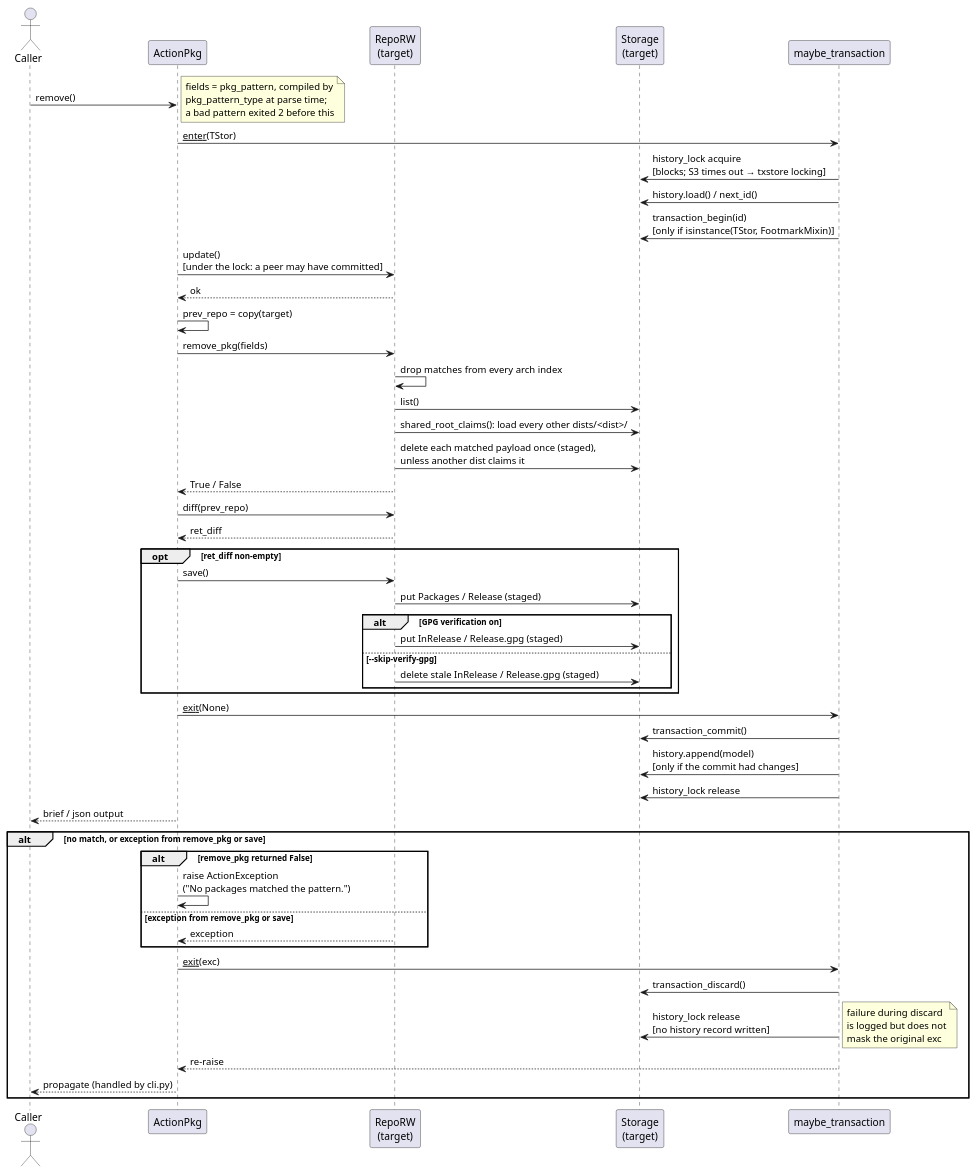
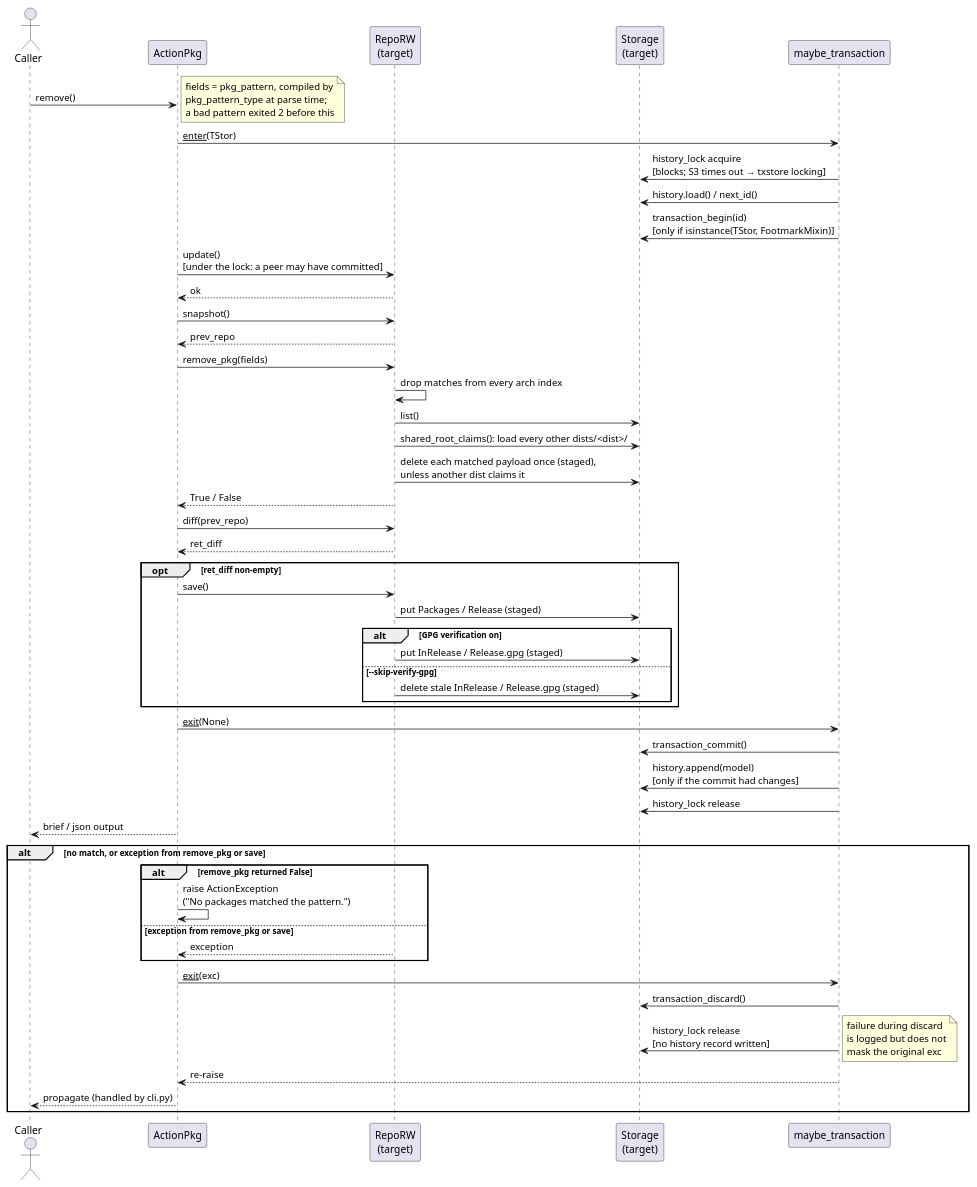
The diagram in docs/development/diagrams/action-pkg-remove-sequence.puml (vinklat/debkit), drawn with PlantUML before and after one commit. The commit also changed 24 other files, not shown here.

```diff
--- a/docs/development/diagrams/action-pkg-remove-sequence.puml
+++ b/docs/development/diagrams/action-pkg-remove-sequence.puml
@@ -1,62 +1,63 @@
 @startuml
 actor Caller
 participant ActionPkg
 participant "RepoRW\n(target)" as Tgt
 participant "Storage\n(target)" as TStor
 participant "maybe_transaction" as CM
 
 Caller -> ActionPkg: remove()
 note right
   fields = pkg_pattern, compiled by
   pkg_pattern_type at parse time;
   a bad pattern exited 2 before this
 end note
 
 ActionPkg -> CM: __enter__(TStor)
 CM -> TStor: history_lock acquire\n[blocks; S3 times out → txstore locking]
 CM -> TStor: history.load() / next_id()
 CM -> TStor: transaction_begin(id)\n[only if isinstance(TStor, FootmarkMixin)]
 
 ActionPkg -> Tgt: update()\n[under the lock: a peer may have committed]
 Tgt --> ActionPkg: ok
-ActionPkg -> ActionPkg: prev_repo = copy(target)
+ActionPkg -> Tgt: snapshot()
+Tgt --> ActionPkg: prev_repo
 
 ActionPkg -> Tgt: remove_pkg(fields)
 Tgt -> Tgt: drop matches from every arch index
 Tgt -> TStor: list()
 Tgt -> TStor: shared_root_claims(): load every other dists/<dist>/
 Tgt -> TStor: delete each matched payload once (staged),\nunless another dist claims it
 Tgt --> ActionPkg: True / False
 ActionPkg -> Tgt: diff(prev_repo)
 Tgt --> ActionPkg: ret_diff
 opt ret_diff non-empty
   ActionPkg -> Tgt: save()
   Tgt -> TStor: put Packages / Release (staged)
   alt GPG verification on
     Tgt -> TStor: put InRelease / Release.gpg (staged)
   else --skip-verify-gpg
     Tgt -> TStor: delete stale InRelease / Release.gpg (staged)
   end
 end
 
 ActionPkg -> CM: __exit__(None)
 CM -> TStor: transaction_commit()
 CM -> TStor: history.append(model)\n[only if the commit had changes]
 CM -> TStor: history_lock release
 
 ActionPkg --> Caller: brief / json output
 
 alt no match, or exception from remove_pkg or save
   alt remove_pkg returned False
     ActionPkg -> ActionPkg: raise ActionException\n("No packages matched the pattern.")
   else exception from remove_pkg or save
     Tgt --> ActionPkg: exception
   end
   ActionPkg -> CM: __exit__(exc)
   CM -> TStor: transaction_discard()
   CM -> TStor: history_lock release\n[no history record written]
   note right: failure during discard\nis logged but does not\nmask the original exc
   CM --> ActionPkg: re-raise
   ActionPkg --> Caller: propagate (handled by cli.py)
 end
 @enduml
```
